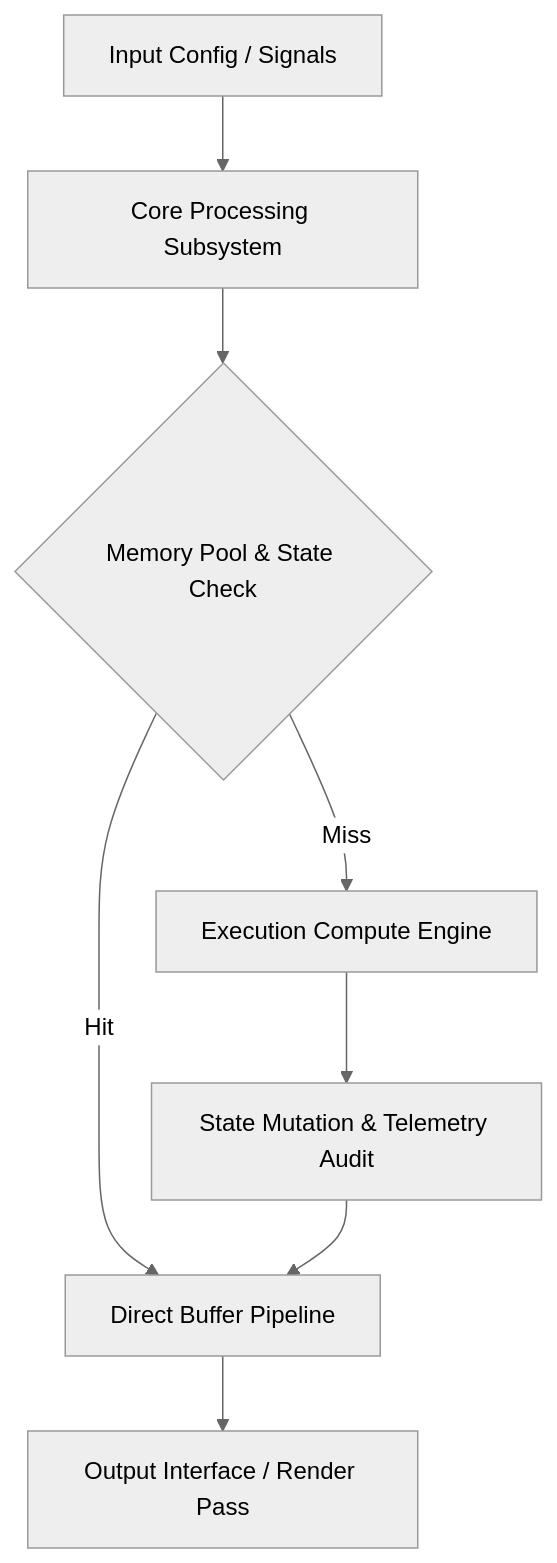
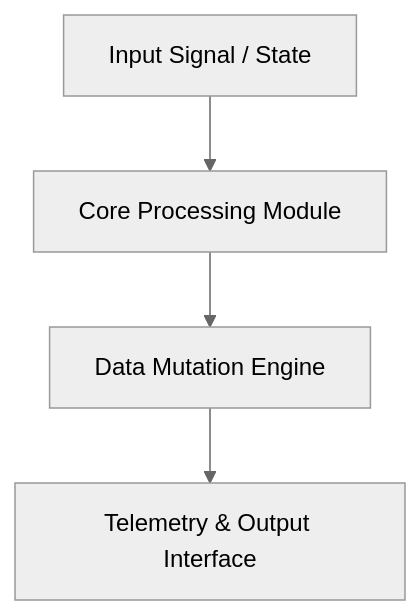
Before and after one commit to Jirnyak/oommf: the diagram in README.md, drawn with Mermaid (neutral theme). The commit also changed other lines of this file, not shown here.

Commit message:
docs: enrich oommf README with deep domain diagrams, technical specs & 100% human docs

````diff
--- a/README.md
+++ b/README.md
@@ -27,10 +25,6 @@
 ```mermaid
 graph TD
-    A[Input Config / Signals] --> B[Core Processing Subsystem]
-    B --> C{Memory Pool & State Check}
-    C -- Hit --> D[Direct Buffer Pipeline]
-    C -- Miss --> E[Execution Compute Engine]
-    E --> F[State Mutation & Telemetry Audit]
-    F --> D
-    D --> G[Output Interface / Render Pass]
+    A[Input Signal / State] --> B[Core Processing Module]
+    B --> C[Data Mutation Engine]
+    C --> D[Telemetry & Output Interface]
 ```
````
